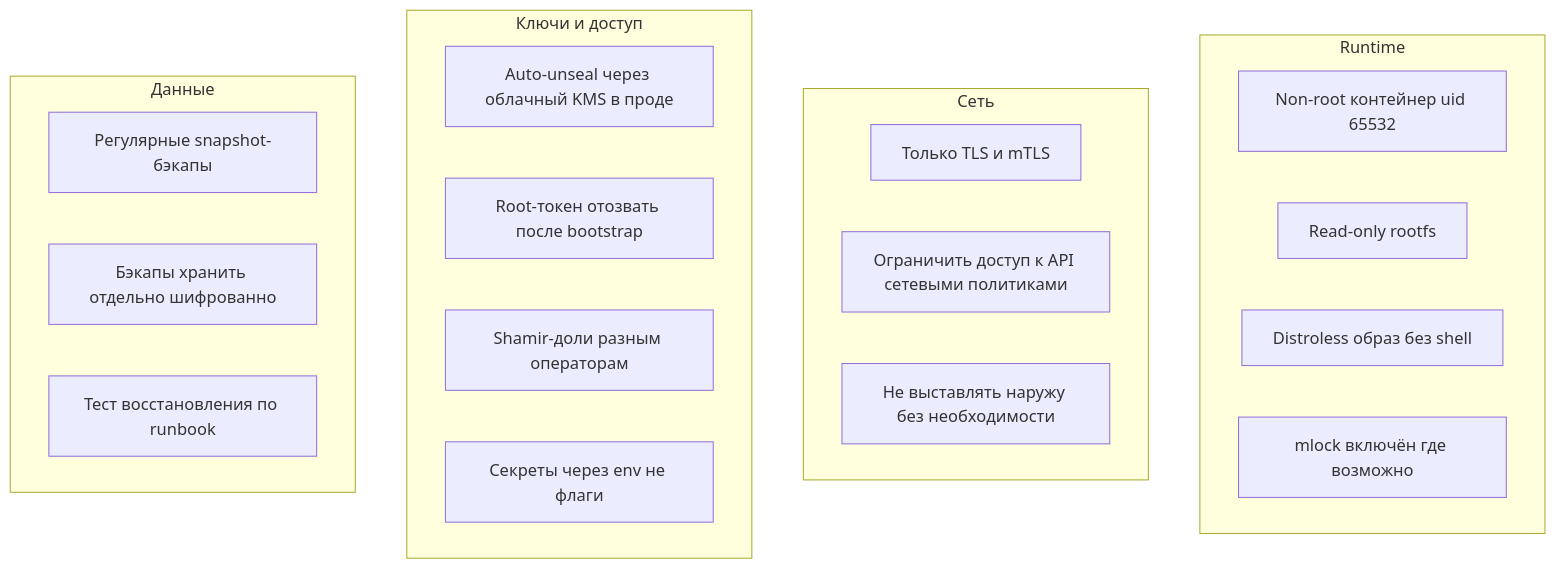
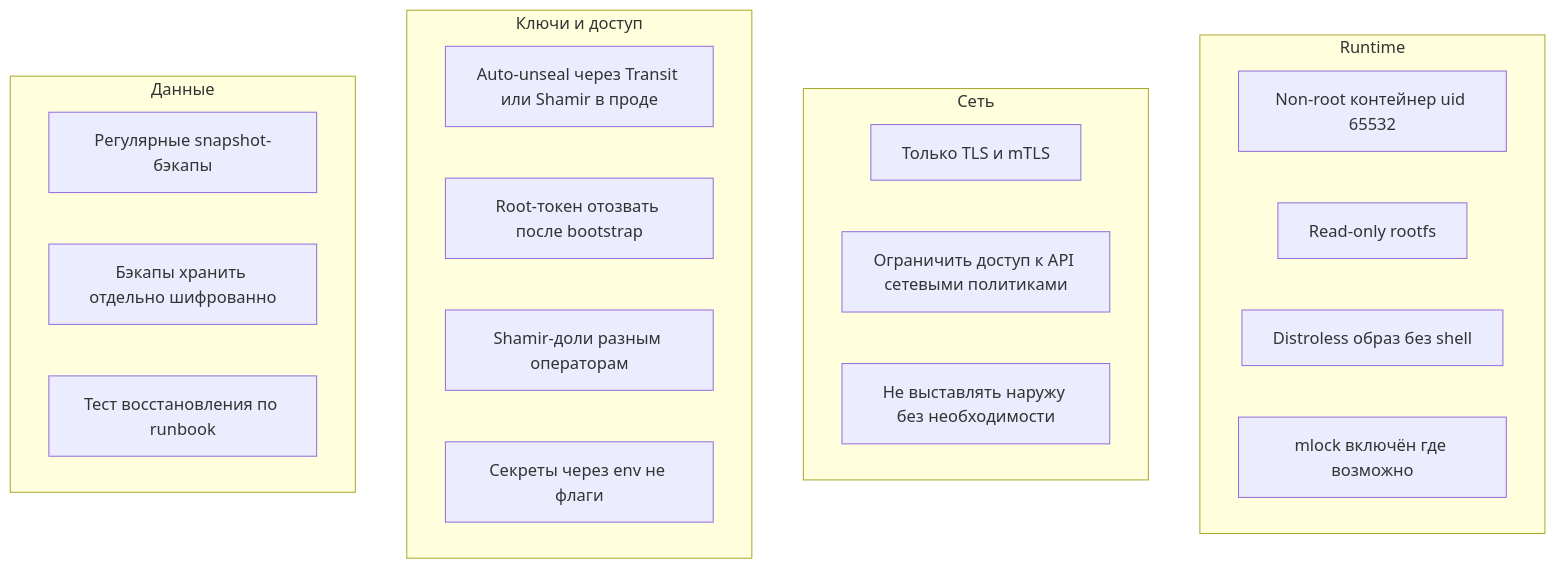
The diagram in docs/07-requirements.md (NAGenaev/tuck), drawn with Mermaid before and after one commit. The commit also changed other lines of this file and 23 other files, not shown here.

````diff
--- a/docs/07-requirements.md
+++ b/docs/07-requirements.md
@@ -153,25 +153,25 @@
 ```mermaid
 flowchart TB
     subgraph runtime["Runtime"]
         R1[Non-root контейнер uid 65532]
         R2[Read-only rootfs]
         R3[Distroless образ без shell]
         R4[mlock включён где возможно]
     end
     subgraph net["Сеть"]
         N1[Только TLS и mTLS]
         N2[Ограничить доступ к API сетевыми политиками]
         N3[Не выставлять наружу без необходимости]
     end
     subgraph keys["Ключи и доступ"]
-        K1[Auto-unseal через облачный KMS в проде]
+        K1[Auto-unseal через Transit или Shamir в проде]
         K2[Root-токен отозвать после bootstrap]
         K3[Shamir-доли разным операторам]
         K4[Секреты через env не флаги]
     end
     subgraph data["Данные"]
         D1[Регулярные snapshot-бэкапы]
         D2[Бэкапы хранить отдельно шифрованно]
         D3[Тест восстановления по runbook]
     end
 ```
````
